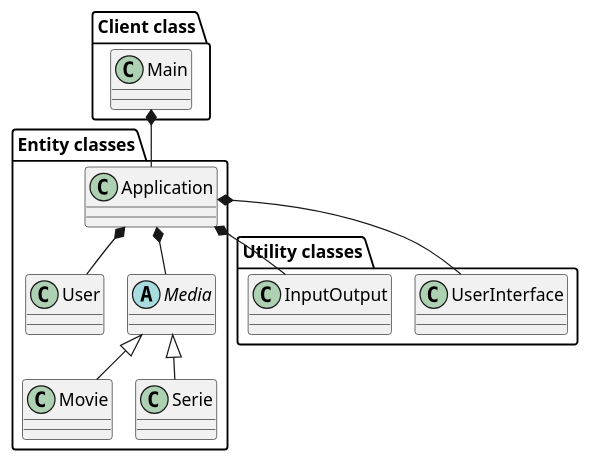
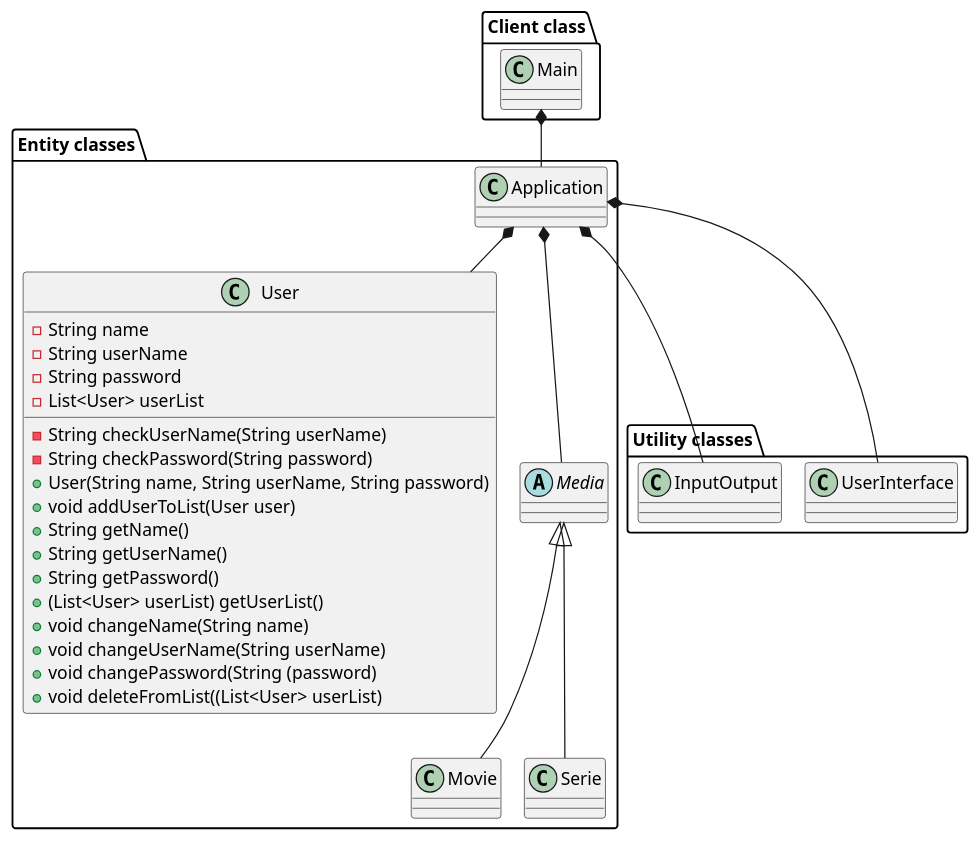
Before and after one commit to badranyoussef/SP3: the diagram in Documentation/classDiagramUpdated.puml, drawn with PlantUML. The commit also changed 1 other file, not shown here.

```diff
--- a/Documentation/classDiagramUpdated.puml
+++ b/Documentation/classDiagramUpdated.puml
@@ -1,36 +1,54 @@
 @startuml
 'https://plantuml.com/class-diagram
 !pragma layout smetana
 
 'Client Package
 package "Client class"{
 class Main
 }
 
 'Utility Package
 package "Utility classes"{
 class UserInterface
 class InputOutput
 }
 
 'Entity Package
 package "Entity classes"{
 class Movie
 class Serie
 class Application
 class User
 abstract Media
 }
 
 'Label on Relations !MANGLER
 Application *-- UserInterface
 Application *-- InputOutput
 Application *-- User
 Application *-- Media
 Media <|-- Serie
 Media <|-- Movie
 Main *-- Application
 
 'Class Methods & Attributes
+User : - String name
+User : - String userName
+User : - String password
+User : - List<User> userList
+User : - String checkUserName(String userName)
+User : - String checkPassword(String password)
+User : + User(String name, String userName, String password)
+User : + void addUserToList(User user)
+User : + String getName()
+User : + String getUserName()
+User : + String getPassword()
+User : + (List<User> userList) getUserList()
+User : + void changeName(String name)
+User : + void changeUserName(String userName)
+User : + void changePassword(String (password)
+User : + void deleteFromList((List<User> userList)
+
+}
 
 @enduml
```
